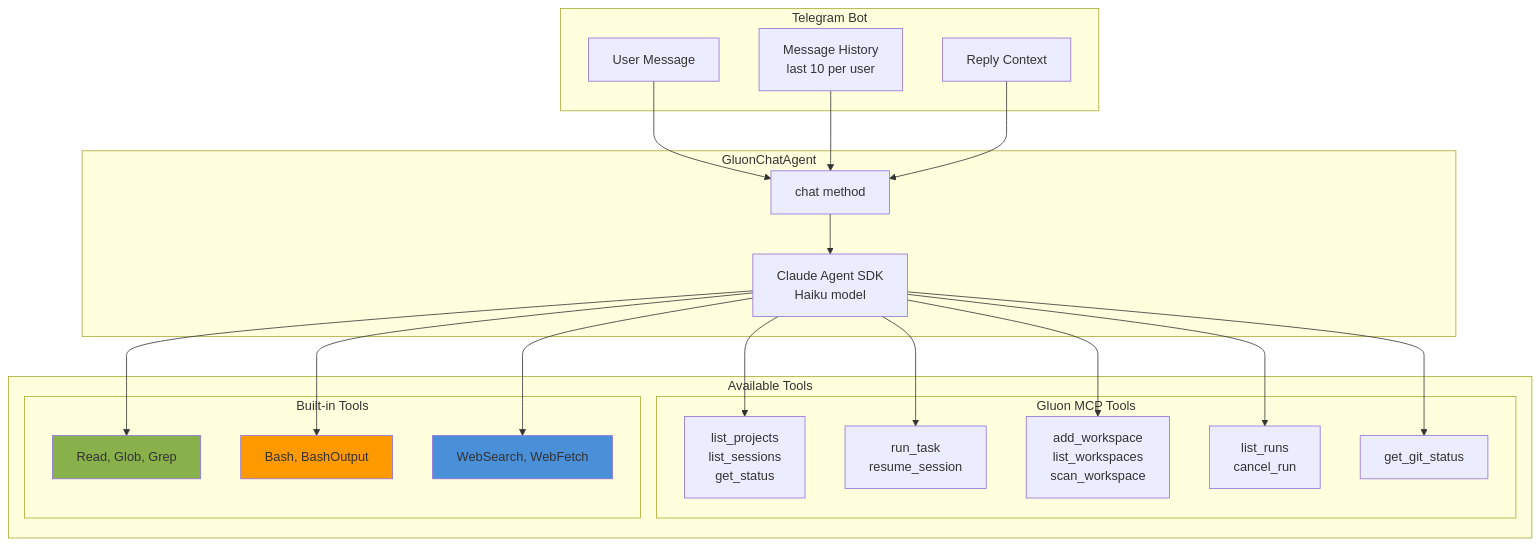
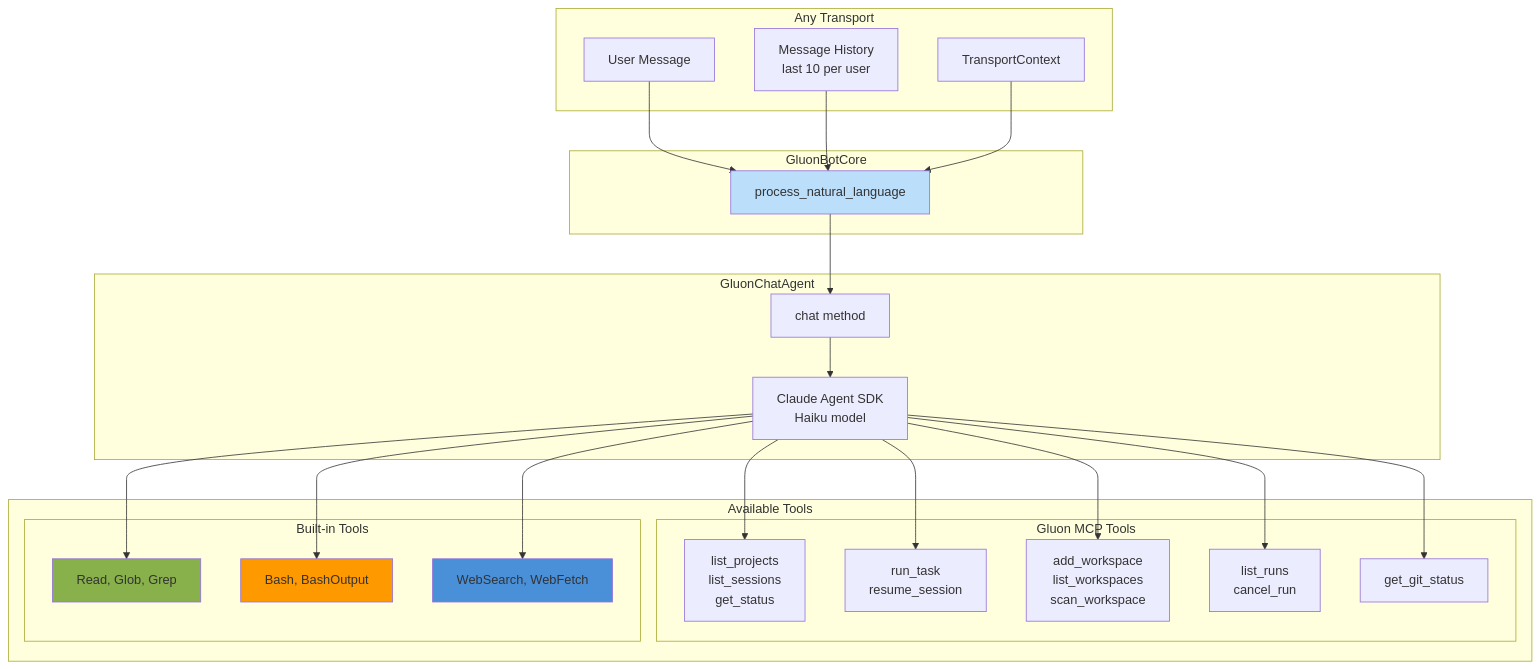
Diagram 12 of 18 in README.md (carrotly-ai/gluon-agent), drawn with Mermaid before and after one commit. The commit also changed other lines of this file and 18 other files, not shown here.

````diff
--- a/README.md
+++ b/README.md
@@ -386,46 +518,52 @@
 ```mermaid
 flowchart TB
-    subgraph "Telegram Bot"
+    subgraph "Any Transport"
         MSG[User Message]
         HIST[Message History<br/>last 10 per user]
-        REPLY[Reply Context]
+        CTX[TransportContext]
+    end
+
+    subgraph "GluonBotCore"
+        NL[process_natural_language]
     end
 
     subgraph "GluonChatAgent"
         CHAT[chat method]
         SDK[Claude Agent SDK<br/>Haiku model]
     end
 
     subgraph "Available Tools"
         subgraph "Gluon MCP Tools"
             PROJ[list_projects<br/>list_sessions<br/>get_status]
             TASK[run_task<br/>resume_session]
             WS[add_workspace<br/>list_workspaces<br/>scan_workspace]
             RUN[list_runs<br/>cancel_run]
             GIT[get_git_status]
         end
 
         subgraph "Built-in Tools"
             FILE[Read, Glob, Grep]
             EXEC[Bash, BashOutput]
             WEB[WebSearch, WebFetch]
         end
     end
 
-    MSG --> CHAT
-    HIST --> CHAT
-    REPLY --> CHAT
+    MSG --> NL
+    HIST --> NL
+    CTX --> NL
+    NL --> CHAT
     CHAT --> SDK
     SDK --> PROJ
     SDK --> TASK
     SDK --> WS
     SDK --> RUN
     SDK --> GIT
     SDK --> FILE
     SDK --> EXEC
     SDK --> WEB
 
     style WEB fill:#4a90d9
     style FILE fill:#88b04b
     style EXEC fill:#ff9900
+    style NL fill:#bbdefb
 ```
````
